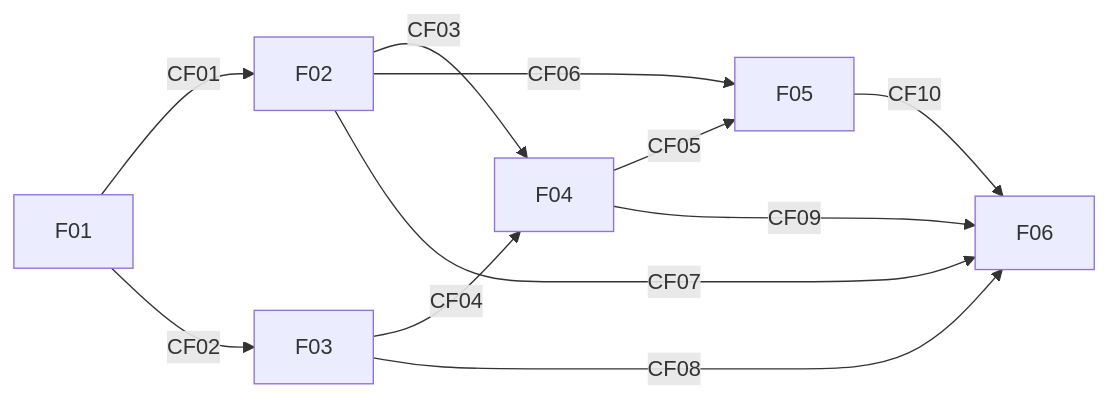
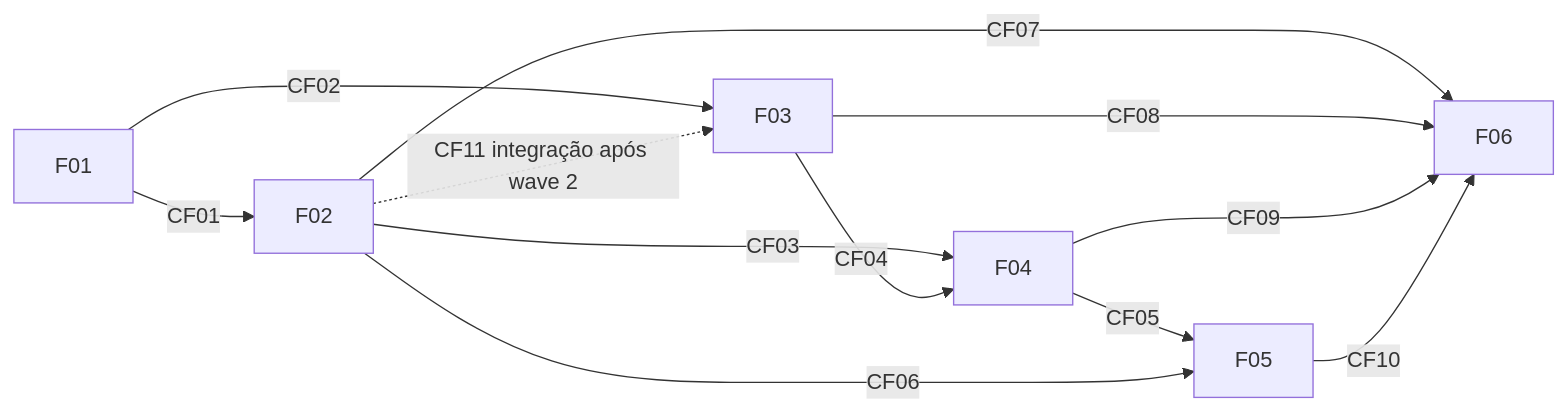
Before and after one commit to trvalle/MBA-desafio_produto_em_modo_agente: the diagram in docs/PRD.md, drawn with Mermaid. The commit also changed other lines of this file and 4 other files, not shown here.

````diff
--- a/docs/PRD.md
+++ b/docs/PRD.md
@@ -22,13 +22,14 @@
 ```mermaid
 flowchart LR
   F01 -->|CF01| F02
   F01 -->|CF02| F03
   F02 -->|CF03| F04
   F03 -->|CF04| F04
   F04 -->|CF05| F05
   F02 -->|CF06| F05
   F02 -->|CF07| F06
   F03 -->|CF08| F06
   F04 -->|CF09| F06
   F05 -->|CF10| F06
+  F02 -.->|CF11 integração após wave 2| F03
 ```
````
